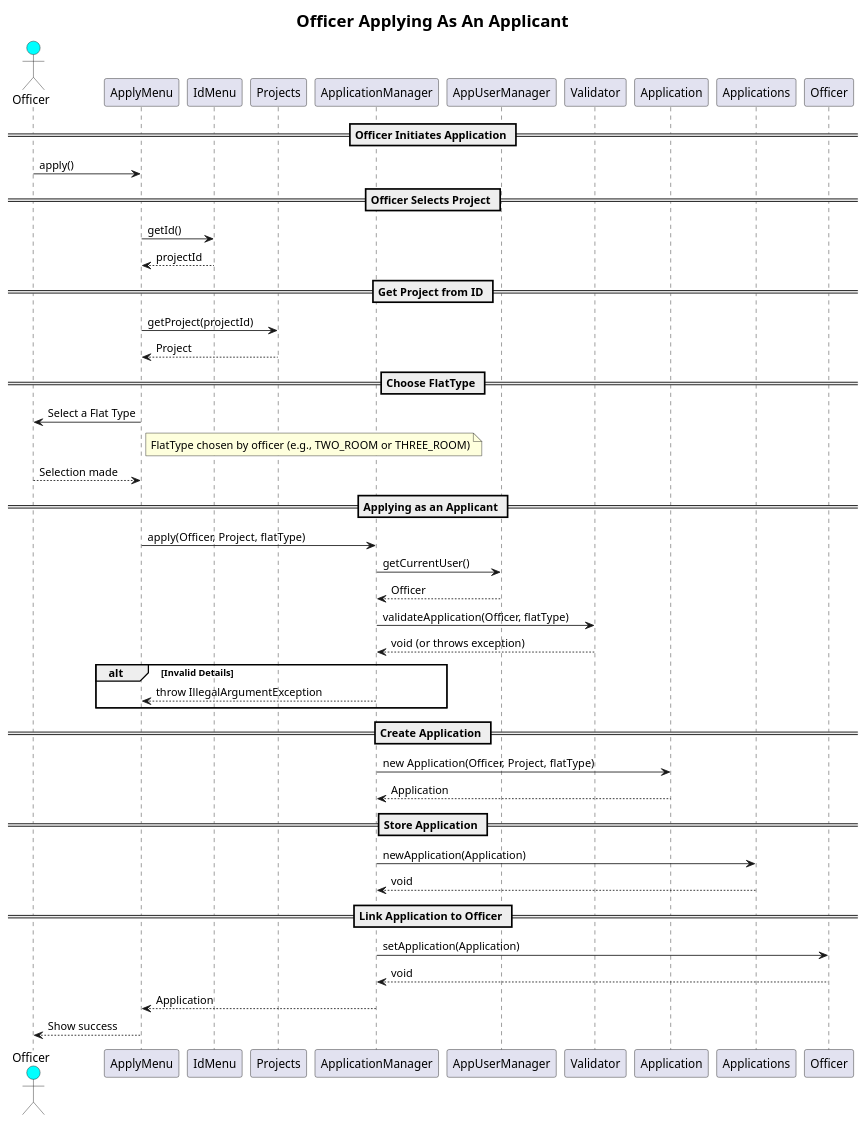
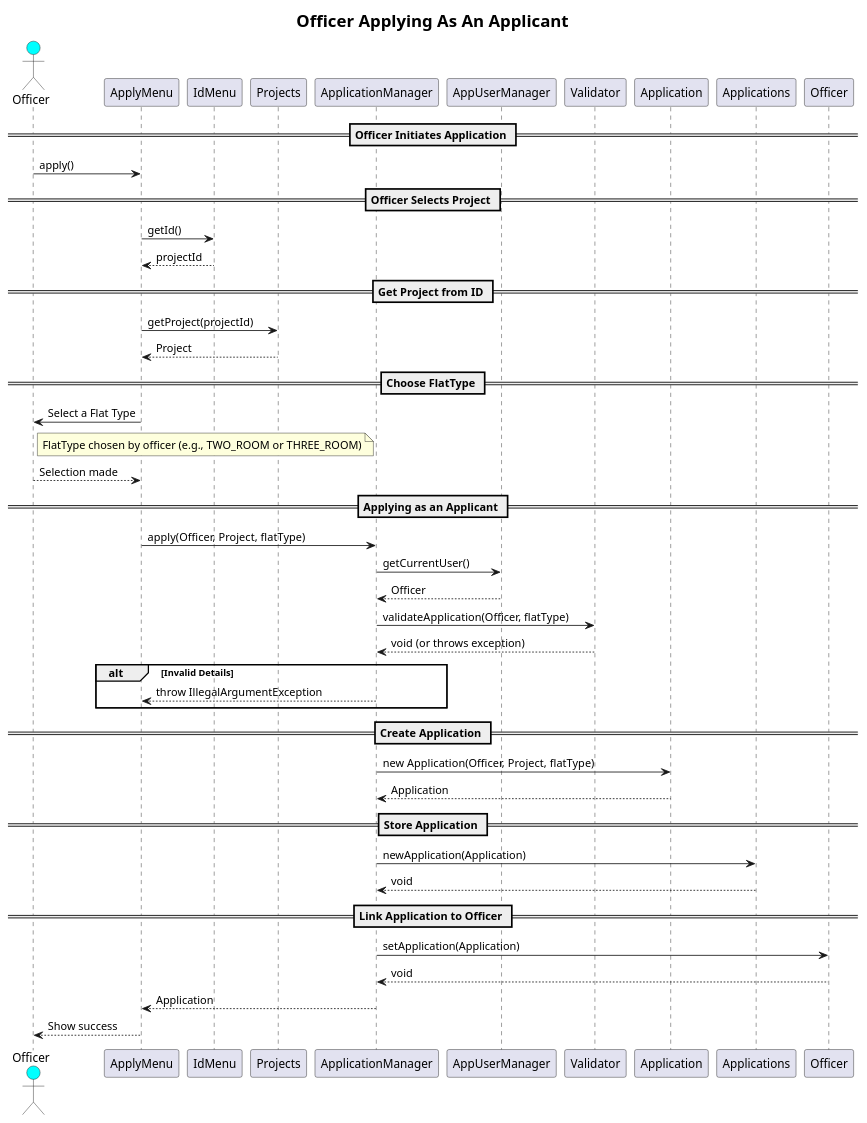
Before and after one commit to arpita729/SC2002-Project: the diagram in Sequence Diagram One (OfficerAsApplicant).wsd, drawn with PlantUML. The commit also changed 1 other file, not shown here.

```diff
--- a/Sequence Diagram One (OfficerAsApplicant).wsd
+++ b/Sequence Diagram One (OfficerAsApplicant).wsd
@@ -1,60 +1,60 @@
 @startuml
 skinparam titleFontSize 20
 title Officer Applying As An Applicant
 
 actor Officer as O #00FFFF
 
 participant ApplyMenu 
 participant IdMenu 
 participant Projects 
 participant ApplicationManager 
 participant AppUserManager 
 participant Validator 
 participant Application 
 participant Applications 
 
 == Officer Initiates Application ==
 O -> ApplyMenu : apply()
 
 == Officer Selects Project ==
 ApplyMenu -> IdMenu : getId()
 IdMenu --> ApplyMenu : projectId
 
 == Get Project from ID ==
 ApplyMenu -> Projects : getProject(projectId)
 Projects --> ApplyMenu : Project
 
 == Choose FlatType ==
 ApplyMenu -> O : Select a Flat Type
-note right of ApplyMenu
+note right of O
 FlatType chosen by officer (e.g., TWO_ROOM or THREE_ROOM)
 end note
 O --> ApplyMenu : Selection made
 
 == Applying as an Applicant ==
 
 ApplyMenu -> ApplicationManager : apply(Officer, Project, flatType)
 ApplicationManager -> AppUserManager : getCurrentUser()
 AppUserManager --> ApplicationManager : Officer
 ApplicationManager -> Validator : validateApplication(Officer, flatType)
 Validator --> ApplicationManager : void (or throws exception)
 
 alt Invalid Details
     ApplicationManager --> ApplyMenu : throw IllegalArgumentException
 end alt
 
 == Create Application ==
 ApplicationManager -> Application : new Application(Officer, Project, flatType)
 Application --> ApplicationManager : Application
 
 == Store Application ==
 ApplicationManager -> Applications : newApplication(Application)
 Applications --> ApplicationManager : void
 
 == Link Application to Officer ==
 ApplicationManager -> Officer : setApplication(Application)
 Officer --> ApplicationManager : void
 
 ApplicationManager --> ApplyMenu : Application
 ApplyMenu --> O : Show success
 @enduml
```
